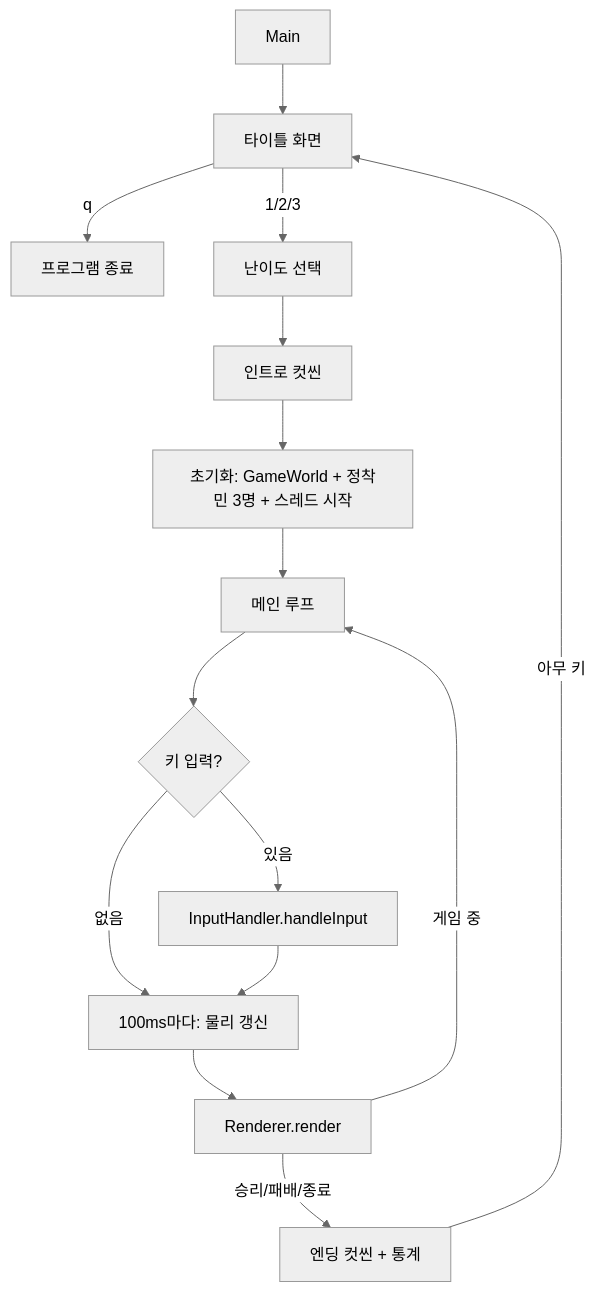
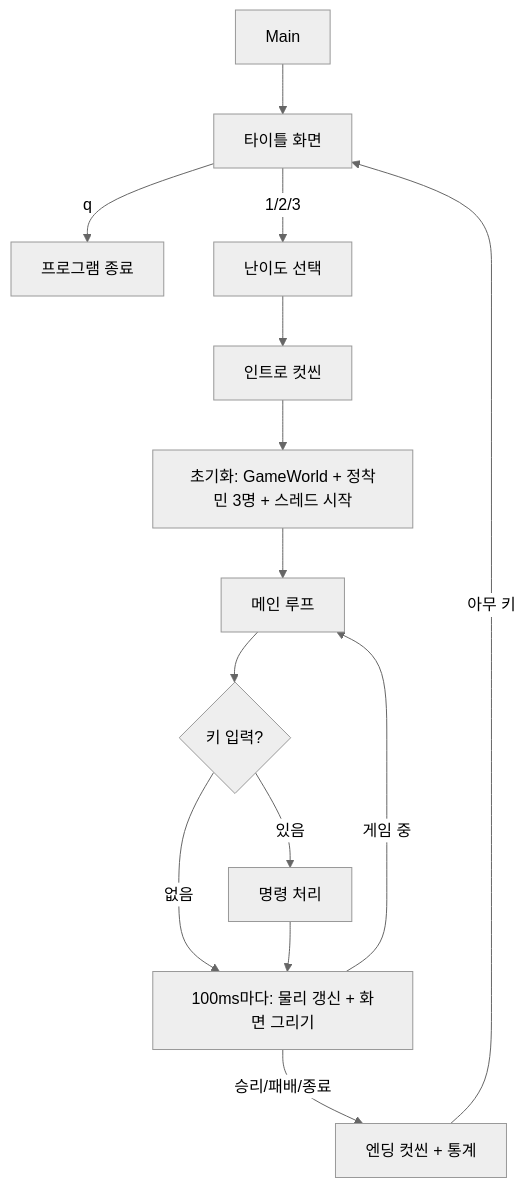
One commit to weweweme/teamnova_basic_class changed the tenth of 13 diagrams in week6/CLAUDE.md. Above: the diagram before and after it, drawn with Mermaid (neutral theme). The commit also changed other lines of this file and 4 other files, not shown here.

````diff
--- a/week6/CLAUDE.md
+++ b/week6/CLAUDE.md
@@ -488,18 +489,17 @@
 ```mermaid
 graph TD
     START[Main] --> TITLE[타이틀 화면]
     TITLE -->|q| EXIT[프로그램 종료]
     TITLE -->|1/2/3| DIFF[난이도 선택]
     DIFF --> INTRO[인트로 컷씬]
     INTRO --> INIT[초기화: GameWorld + 정착민 3명 + 스레드 시작]
     INIT --> LOOP[메인 루프]
 
     LOOP --> INPUT{키 입력?}
-    INPUT -->|있음| HANDLE[InputHandler.handleInput]
-    INPUT -->|없음| PHYSICS
-    HANDLE --> PHYSICS[100ms마다: 물리 갱신]
-    PHYSICS --> RENDER[Renderer.render]
-    RENDER -->|게임 중| LOOP
-    RENDER -->|승리/패배/종료| ENDSCENE[엔딩 컷씬 + 통계]
+    INPUT -->|있음| HANDLE[명령 처리]
+    INPUT -->|없음| TICK
+    HANDLE --> TICK[100ms마다: 물리 갱신 + 화면 그리기]
+    TICK -->|게임 중| LOOP
+    TICK -->|승리/패배/종료| ENDSCENE[엔딩 컷씬 + 통계]
     ENDSCENE -->|아무 키| TITLE
 ```
````
